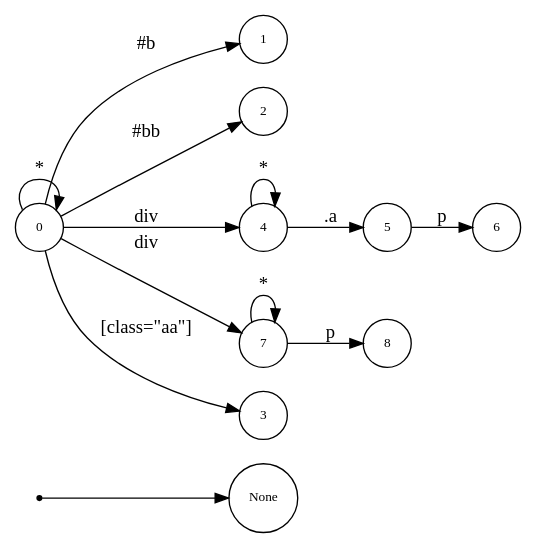
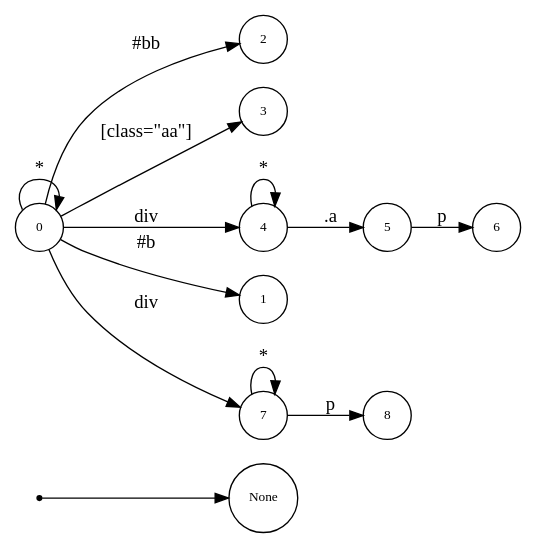
One commit to asukaminato0721/css-bitvector-compiler changed the diagram in css-gen-op/testcase/dot_quad.dot. Above: the diagram before and after it, drawn with Graphviz. The commit also changed other lines of this file and 39 other files, not shown here.

```diff
--- a/css-gen-op/testcase/dot_quad.dot
+++ b/css-gen-op/testcase/dot_quad.dot
@@ -1,27 +1,27 @@
 digraph NFA {
   rankdir=LR;
   node [shape=circle, fontsize=10];
   __start [shape=point, label=""];
   __start -> None;
+  6 [label="6"];
+  2 [label="2"];
+  3 [label="3"];
+  4 [label="4"];
+  8 [label="8"];
   1 [label="1"];
-  2 [label="2"];
-  8 [label="8"];
-  4 [label="4"];
+  5 [label="5"];
+  7 [label="7"];
   0 [label="0"];
-  7 [label="7"];
-  3 [label="3"];
-  5 [label="5"];
-  6 [label="6"];
   { node [shape=doublecircle]; 1 2 3 6 8 }
   0 -> 0 [label="*"];
   0 -> 1 [label="#b"];
   0 -> 2 [label="#bb"];
   0 -> 3 [label="[class=\"aa\"]"];
   0 -> 4 [label="div"];
   4 -> 4 [label="*"];
   4 -> 5 [label=".a"];
   5 -> 6 [label="p"];
   0 -> 7 [label="div"];
   7 -> 7 [label="*"];
   7 -> 8 [label="p"];
 }
```
